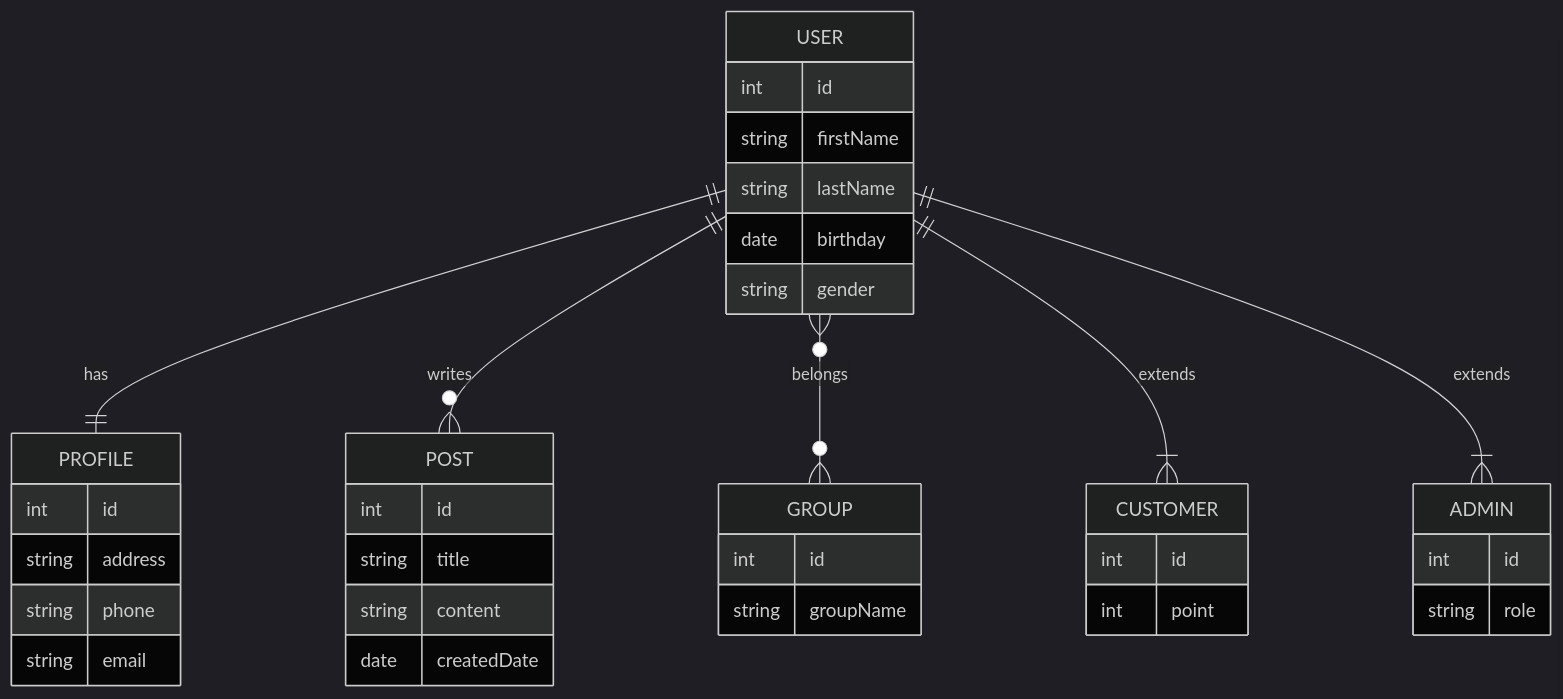
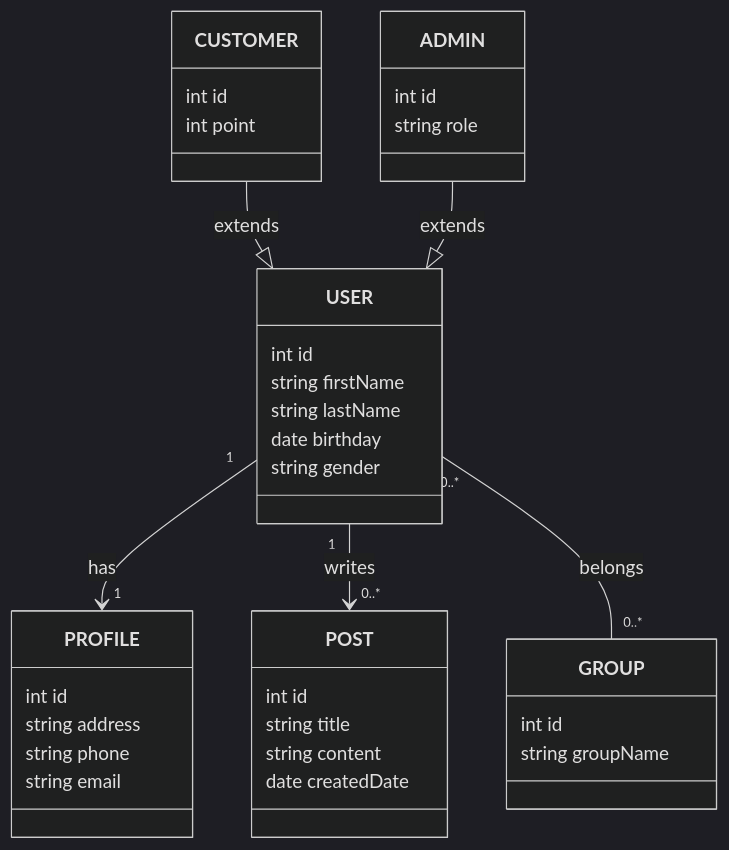
One commit to miyuu-aa/Study changed the diagram in README.md. Above: the diagram before and after it, drawn with Mermaid (dark theme). The commit also changed other lines of this file, not shown here.

````diff
--- a/README.md
+++ b/README.md
@@ -55,45 +55,46 @@
 ```mermaid
-erDiagram
-    USER ||--|| PROFILE : has
-    USER ||--o{ POST : writes
-    USER }o--o{ GROUP : belongs
-    USER ||--|{ CUSTOMER : extends
-    USER ||--|{ ADMIN : extends
-
-    USER {
+classDiagram
+    class USER {
         int id
         string firstName
         string lastName
         date birthday
         string gender
     }
 
-    PROFILE {
+    class PROFILE {
         int id
         string address
         string phone
         string email
     }
 
-    POST {
+    class POST {
         int id
         string title
         string content
         date createdDate
     }
 
-    GROUP {
+    class GROUP {
         int id
         string groupName
     }
 
-    CUSTOMER {
+    class CUSTOMER {
         int id
         int point
     }
 
-    ADMIN {
+    class ADMIN {
         int id
         string role
     }
+
+    USER "1" --> "1" PROFILE : has
+    USER "1" --> "0..*" POST : writes
+    USER "0..*" -- "0..*" GROUP : belongs
+
+    CUSTOMER --|> USER : extends
+    ADMIN --|> USER : extends
 ```
````
